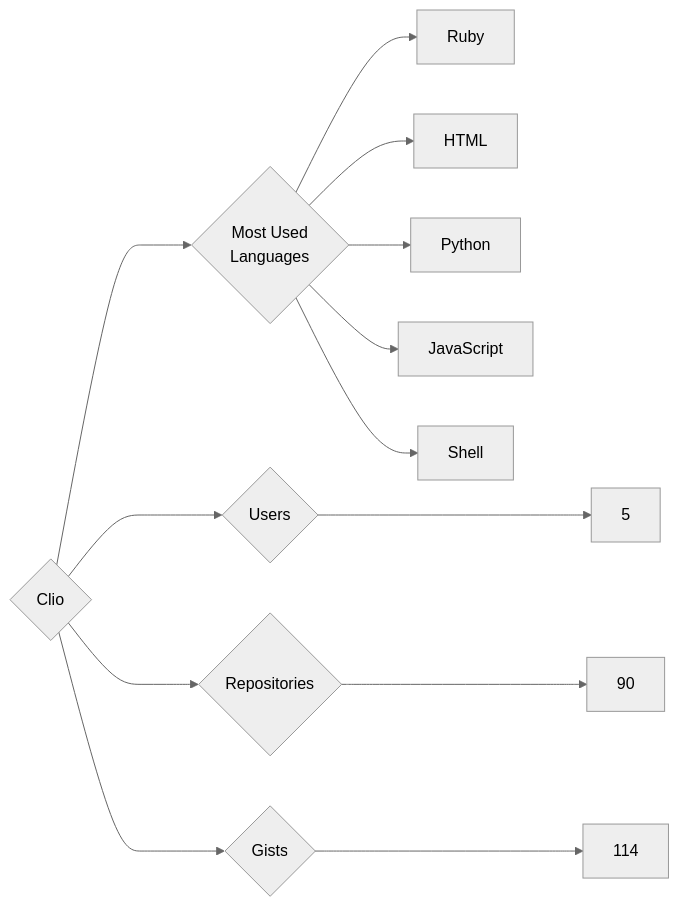
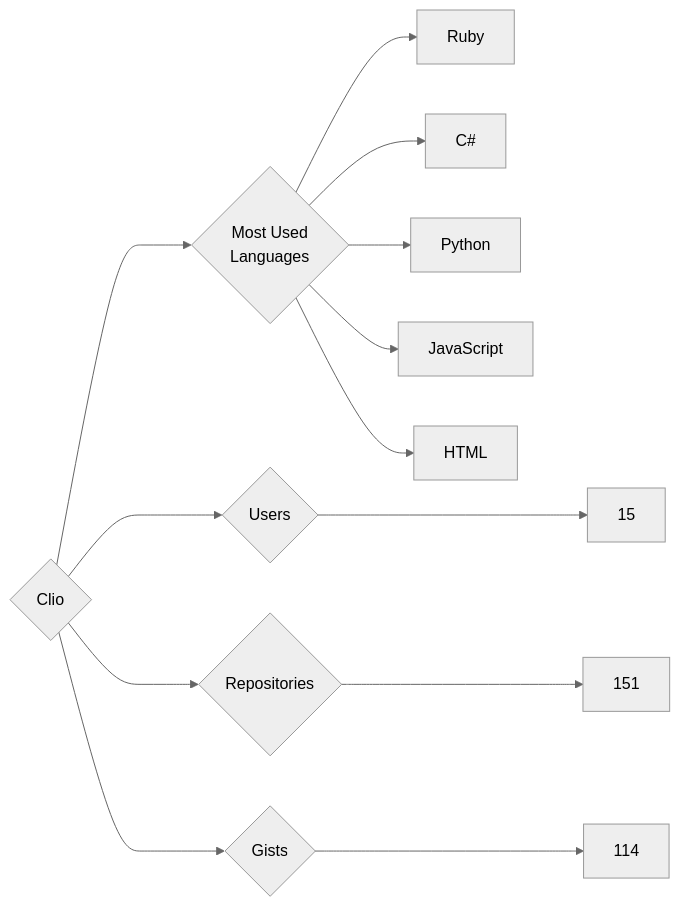
The diagram in targets/Clio/README.md (trickest/insiders), drawn with Mermaid (neutral theme) before and after one commit. The commit also changed 736 other files, not shown here.

````diff
--- a/targets/Clio/README.md
+++ b/targets/Clio/README.md
@@ -3,13 +3,13 @@
 ```mermaid
 graph LR
 COMPANY_NAME{Clio}
-COMPANY_NAME ---> U{Users} ---> UN[5]
-COMPANY_NAME ---> R{Repositories} ---> RN[90]
+COMPANY_NAME ---> U{Users} ---> UN[15]
+COMPANY_NAME ---> R{Repositories} ---> RN[151]
 COMPANY_NAME ---> G{Gists} ---> GN[114]
 COMPANY_NAME ---> ML{Most Used<br>Languages}
 ML --> Ruby[Ruby]
-ML --> HTML[HTML]
+ML --> C#[C#]
 ML --> Python[Python]
 ML --> JavaScript[JavaScript]
-ML --> Shell[Shell]
+ML --> HTML[HTML]
 ```
````
